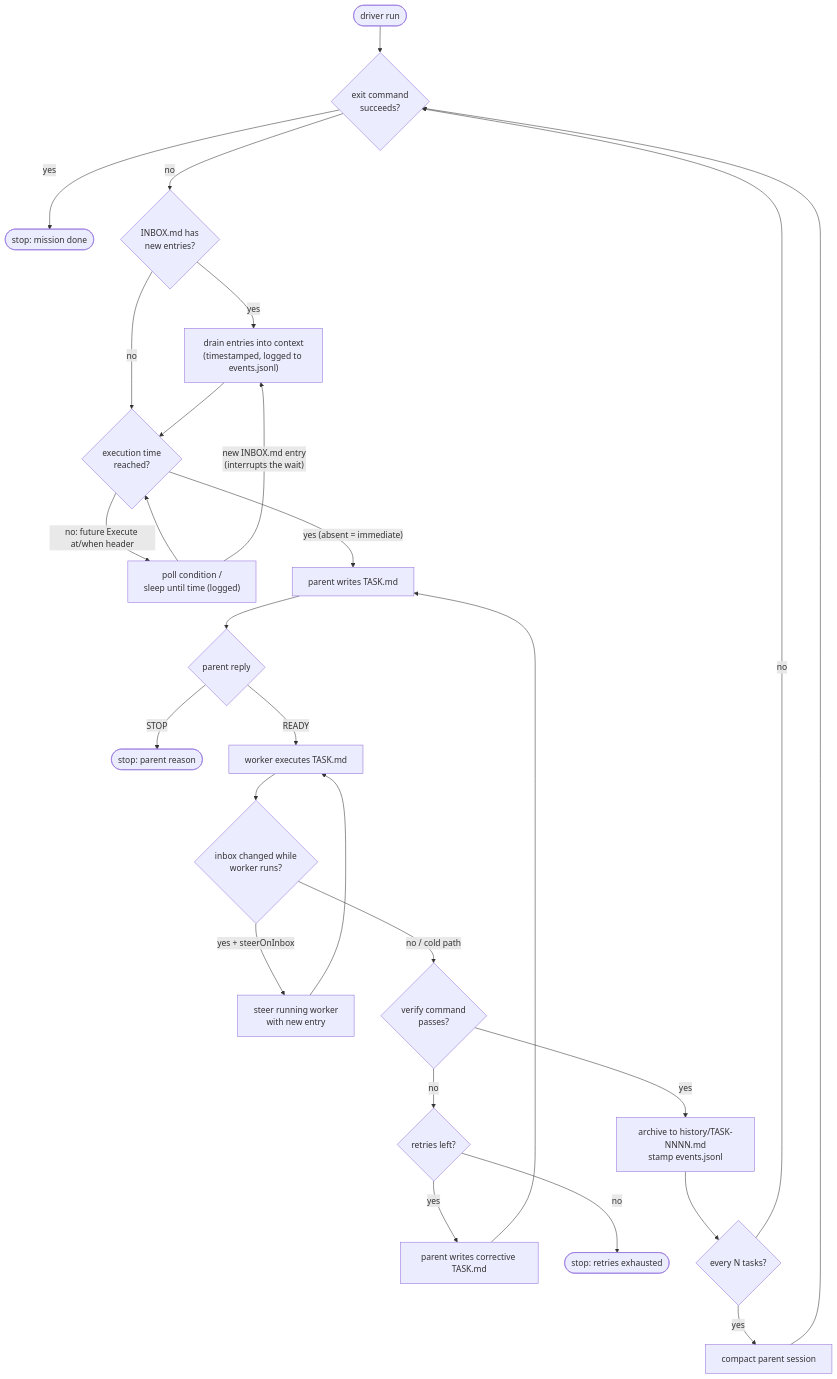
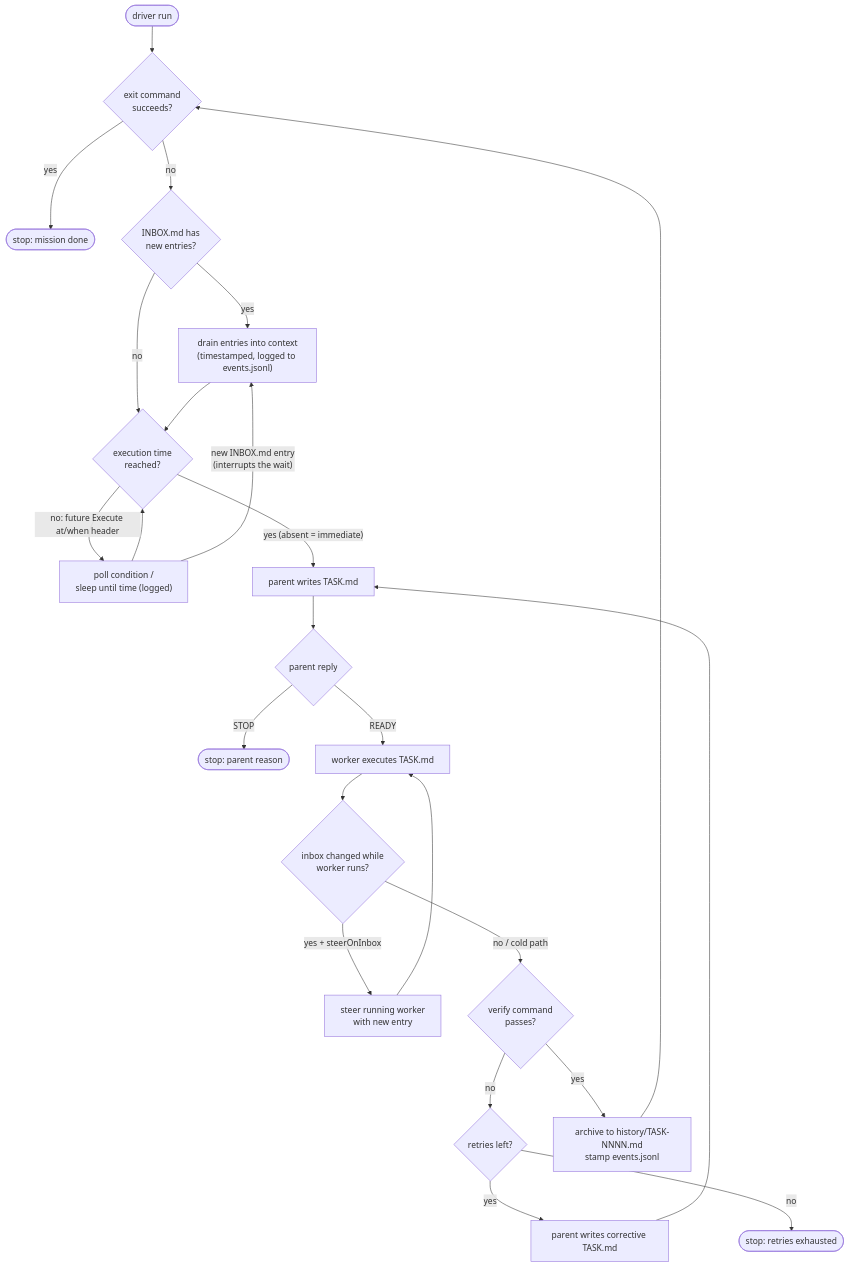
One commit to breitlip/plainloop changed the diagram in README.md. Above: the diagram before and after it, drawn with Mermaid. The commit also changed other lines of this file and 13 other files, not shown here.

````diff
--- a/README.md
+++ b/README.md
@@ -25,29 +26,26 @@
 ```mermaid
 flowchart TD
     START([driver run]) --> EXIT{exit command<br/>succeeds?}
     EXIT -- yes --> DONE([stop: mission done])
     EXIT -- no --> INBOX{INBOX.md has<br/>new entries?}
     INBOX -- yes --> DRAIN["drain entries into context<br/>(timestamped, logged to events.jsonl)"]
     INBOX -- no --> SCHED
     DRAIN --> SCHED{execution time<br/>reached?}
     SCHED -- "no: future Execute at/when header" --> WAIT["poll condition /<br/>sleep until time (logged)"]
     WAIT --> SCHED
     WAIT -- "new INBOX.md entry<br/>(interrupts the wait)" --> DRAIN
     SCHED -- "yes (absent = immediate)" --> PARENT["parent writes TASK.md"]
     PARENT --> PREPLY{parent reply}
     PREPLY -- "STOP <reason>" --> STOPPED([stop: parent reason])
     PREPLY -- READY --> WORKER["worker executes TASK.md"]
     WORKER --> HOT{inbox changed while<br/>worker runs?}
     HOT -- "yes + steerOnInbox" --> STEER["steer running worker<br/>with new entry"]
     STEER --> WORKER
     HOT -- "no / cold path" --> VERIFY{verify command<br/>passes?}
     VERIFY -- no --> RETRYQ{retries left?}
     VERIFY -- yes --> ARCHIVE["archive to history/TASK-NNNN.md<br/>stamp events.jsonl"]
     RETRYQ -- yes --> CORRECT["parent writes corrective TASK.md"]
     CORRECT --> PARENT
     RETRYQ -- no --> FAIL([stop: retries exhausted])
-    ARCHIVE --> COMPACT{every N tasks?}
-    COMPACT -- yes --> C[compact parent session]
-    C --> EXIT
-    COMPACT -- no --> EXIT
+    ARCHIVE --> EXIT
 ```
````
